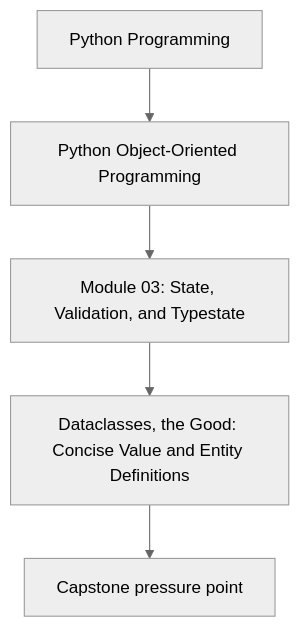
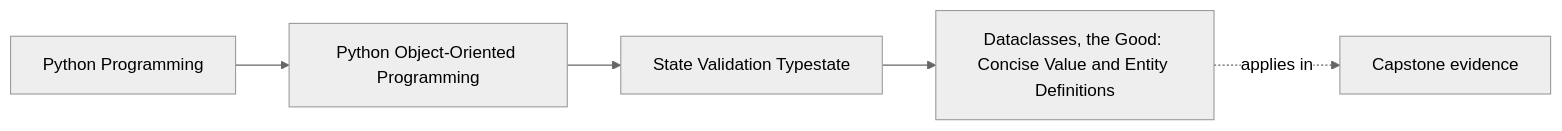
The first of 2 diagrams in programs/python-programming/python-object-oriented-programming/course-book/module-03-state-validation-typestate/dataclasses-for-values-and-entities.md (bijux/bijux-masterclass), drawn with Mermaid (neutral theme) before and after one commit. The commit also changed other lines of this file and 65 other files, not shown here.

Commit message:
docs(python-object-oriented-programming): map object model and design foundations

````diff
--- a/programs/python-programming/python-object-oriented-programming/course-book/module-03-state-validation-typestate/dataclasses-for-values-and-entities.md
+++ b/programs/python-programming/python-object-oriented-programming/course-book/module-03-state-validation-typestate/dataclasses-for-values-and-entities.md
@@ -7,7 +7,11 @@
 ```mermaid
-flowchart TD
-  family["Python Programming"] --> program["Python Object-Oriented Programming"]
-  program --> module["Module 03: State, Validation, and Typestate"]
-  module --> concept["Dataclasses, the Good: Concise Value and Entity Definitions"]
-  concept --> capstone["Capstone pressure point"]
+graph LR
+  family["Python Programming"]
+  program["Python Object-Oriented Programming"]
+  section["State Validation Typestate"]
+  page["Dataclasses, the Good: Concise Value and Entity Definitions"]
+  capstone["Capstone evidence"]
+
+  family --> program --> section --> page
+  page -.applies in.-> capstone
 ```
````
